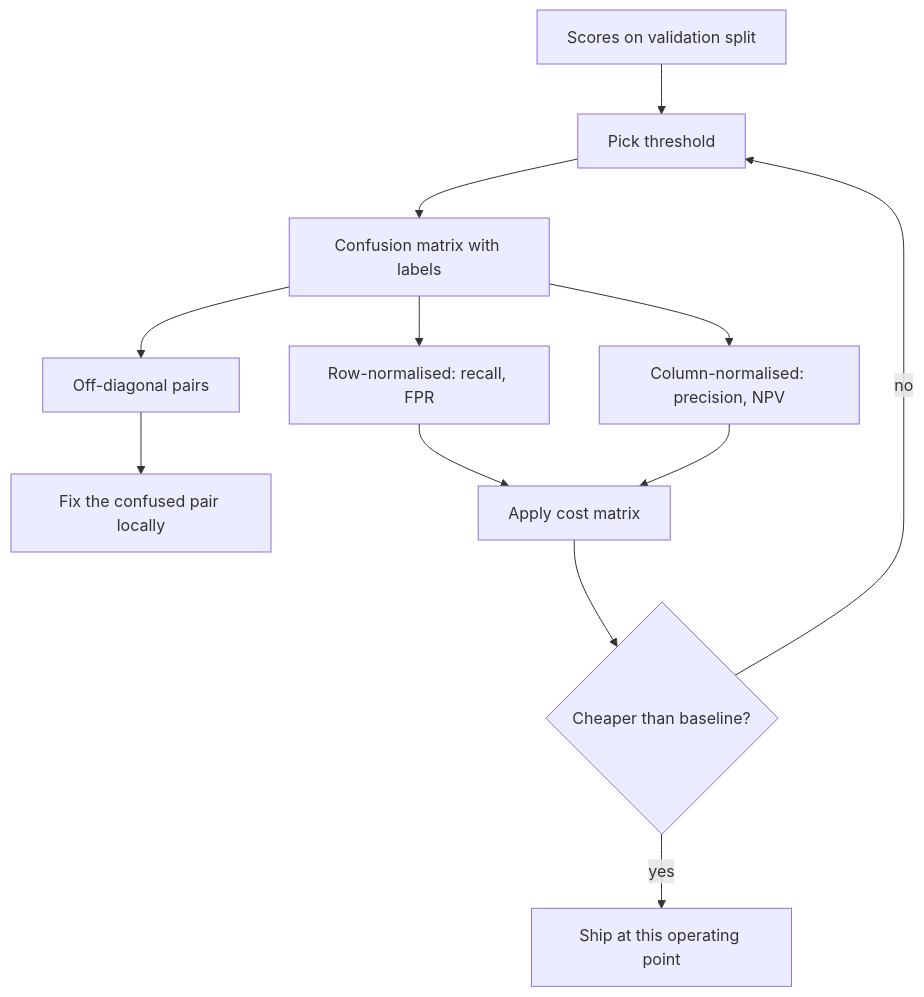
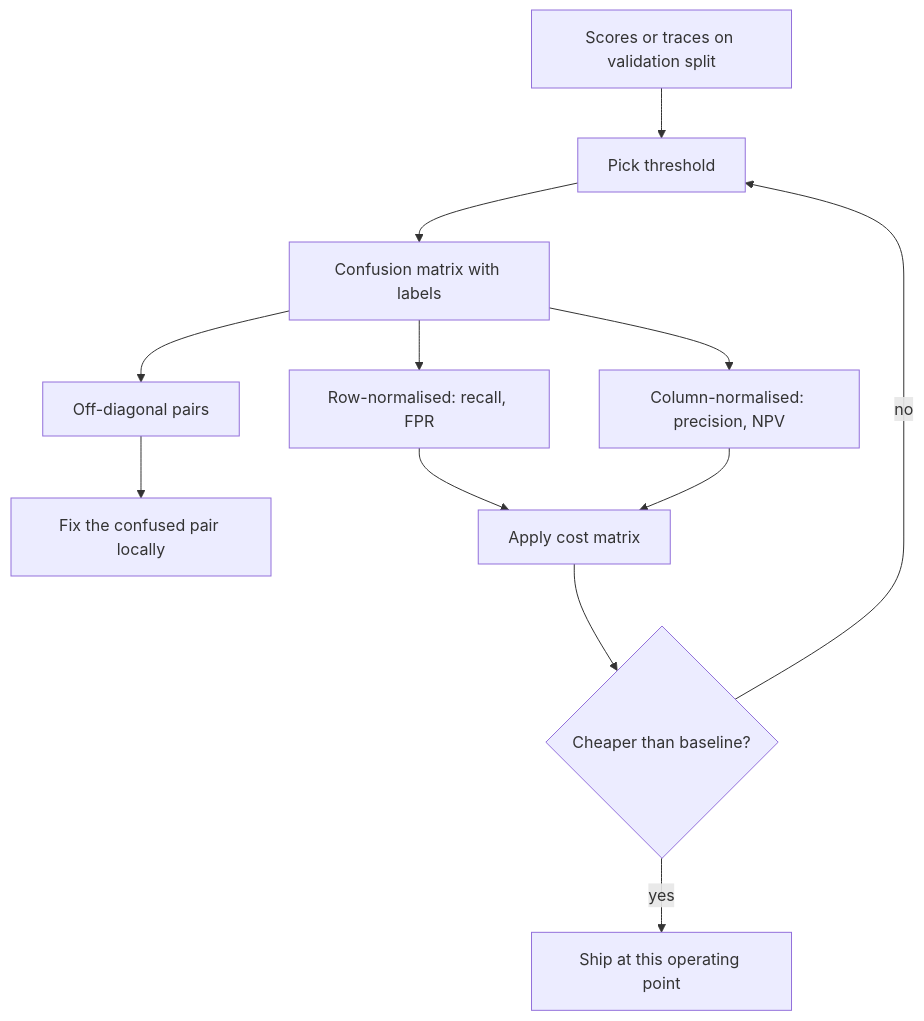
Before and after one commit to lovishmahajan97/agentic-learning: the diagram in content/ml-fundamentals/confusion-matrix.md, drawn with Mermaid. The commit also changed other lines of this file and 485 other files, not shown here.

````diff
--- a/content/ml-fundamentals/confusion-matrix.md
+++ b/content/ml-fundamentals/confusion-matrix.md
@@ -125,14 +141,14 @@
 ```mermaid
 flowchart TD
-    S["Scores on validation split"] --> T["Pick threshold"]
+    S["Scores or traces on validation split"] --> T["Pick threshold"]
     T --> CM["Confusion matrix with labels"]
     CM --> R["Row-normalised: recall, FPR"]
     CM --> C["Column-normalised: precision, NPV"]
     CM --> O["Off-diagonal pairs"]
     O --> F["Fix the confused pair locally"]
     R --> K["Apply cost matrix"]
     C --> K
     K --> D{"Cheaper than baseline?"}
     D -->|"yes"| SHIP["Ship at this operating point"]
     D -->|"no"| T
 ```
````
